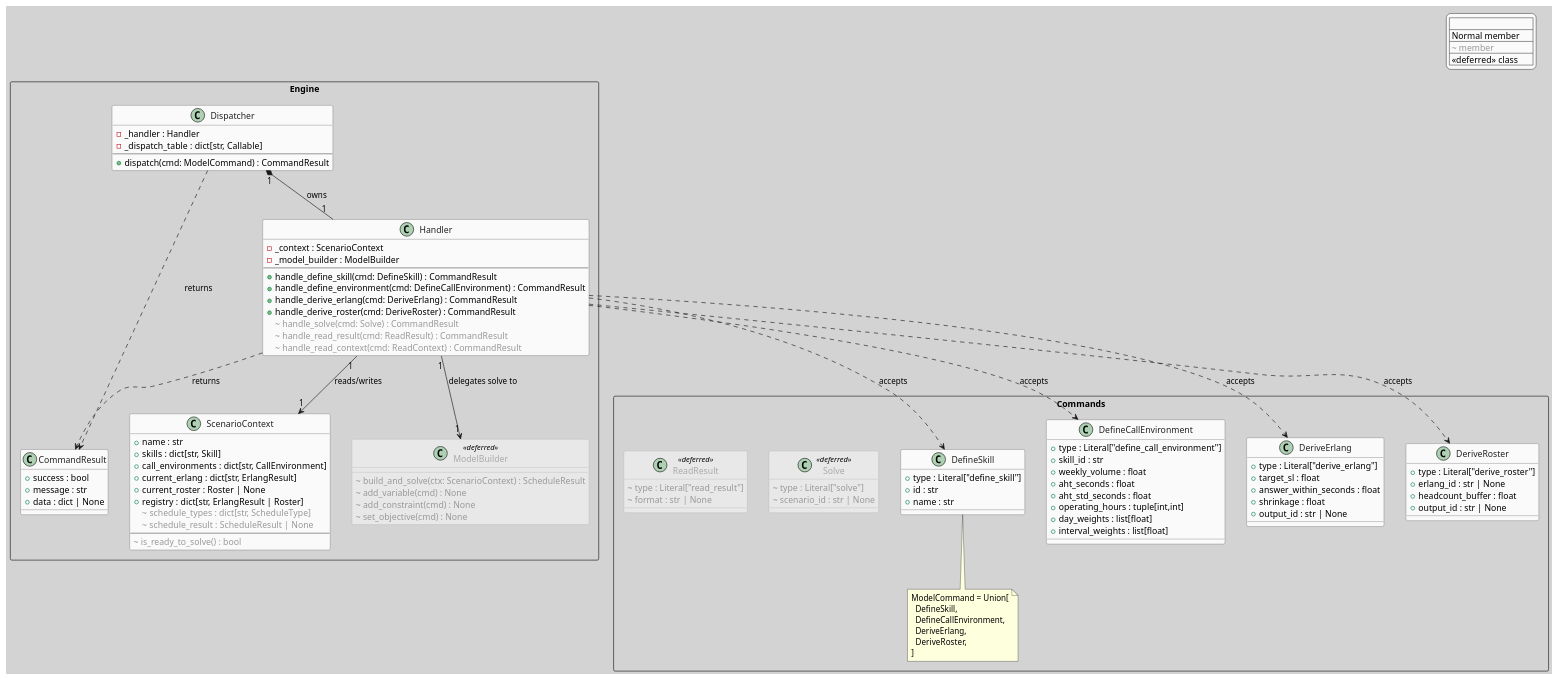
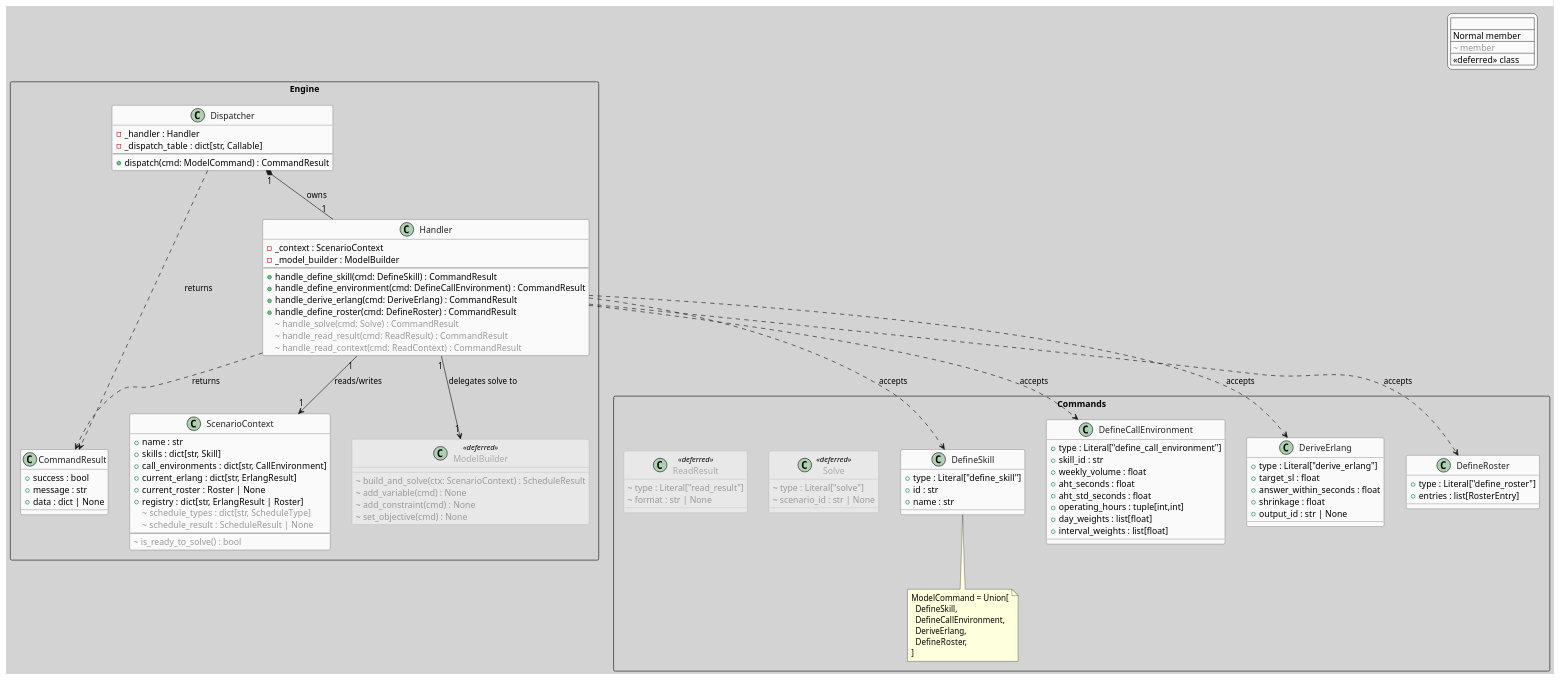
One commit to neon-tetra/schedule-architect changed the diagram in docs/uml/engine_classes.puml. Above: the diagram before and after it, drawn with PlantUML. The commit also changed 6 other files, not shown here.

Commit message:
Rename DeriveRoster command to DefineRoster

```diff
--- a/docs/uml/engine_classes.puml
+++ b/docs/uml/engine_classes.puml
@@ -1,152 +1,150 @@
 @startuml engine_classes
 
 skinparam backgroundColor #D3D3D3
 skinparam defaultFontName Segoe UI
 
 skinparam class {
     BackgroundColor #FAFAFA
     BorderColor #555555
     FontColor #222222
     BackgroundColor<<deferred>> #E8E8E8
     BorderColor<<deferred>> #AAAAAA
     FontColor<<deferred>> #AAAAAA
     BorderStyle<<deferred>> dashed
 }
 
 skinparam legend {
     BackgroundColor #FAFAFA
     BorderColor #555555
 }
 
 legend top right
   <#FAFAFA,#555555>|                         |
   | Normal member      | Implemented          |
   | <color:#999999>~ member</color>  | Deferred / future    |
   | <<deferred>> class | Placeholder only     |
 endlegend
 
 ' ─────────────────────────────────────────
 ' PACKAGE: Commands
 ' ─────────────────────────────────────────
 package "Commands" <<Rectangle>> {
 
     class DefineSkill {
         + type : Literal["define_skill"]
         + id : str
         + name : str
     }
 
     class DefineCallEnvironment {
         + type : Literal["define_call_environment"]
         + skill_id : str
         + weekly_volume : float
         + aht_seconds : float
         + aht_std_seconds : float
         + operating_hours : tuple[int,int]
         + day_weights : list[float]
         + interval_weights : list[float]
     }
 
     class DeriveErlang {
         + type : Literal["derive_erlang"]
         + target_sl : float
         + answer_within_seconds : float
         + shrinkage : float
         + output_id : str | None
     }
 
-    class DeriveRoster {
-        + type : Literal["derive_roster"]
-        + erlang_id : str | None
-        + headcount_buffer : float
-        + output_id : str | None
+    class DefineRoster {
+        + type : Literal["define_roster"]
+        + entries : list[RosterEntry]
     }
 
     class Solve <<deferred>> {
         <color:#999999>~ type : Literal["solve"]</color>
         <color:#999999>~ scenario_id : str | None</color>
     }
 
     class ReadResult <<deferred>> {
         <color:#999999>~ type : Literal["read_result"]</color>
         <color:#999999>~ format : str | None</color>
     }
 
     note bottom of DefineSkill
         ModelCommand = Union[
           DefineSkill,
           DefineCallEnvironment,
           DeriveErlang,
-          DeriveRoster,
+          DefineRoster,
         ]
     end note
 
 }
 
 ' ─────────────────────────────────────────
 ' PACKAGE: Engine
 ' ─────────────────────────────────────────
 package "Engine" <<Rectangle>> {
 
     class CommandResult {
         + success : bool
         + message : str
         + data : dict | None
     }
 
     class ScenarioContext {
         + name : str
         + skills : dict[str, Skill]
         + call_environments : dict[str, CallEnvironment]
         + current_erlang : dict[str, ErlangResult]
         + current_roster : Roster | None
         + registry : dict[str, ErlangResult | Roster]
         <color:#999999>~ schedule_types : dict[str, ScheduleType]</color>
         <color:#999999>~ schedule_result : ScheduleResult | None</color>
         --
         <color:#999999>~ is_ready_to_solve() : bool</color>
     }
 
     class Dispatcher {
         - _handler : Handler
         - _dispatch_table : dict[str, Callable]
         --
         + dispatch(cmd: ModelCommand) : CommandResult
     }
 
     class Handler {
         - _context : ScenarioContext
         - _model_builder : ModelBuilder
         --
         + handle_define_skill(cmd: DefineSkill) : CommandResult
         + handle_define_environment(cmd: DefineCallEnvironment) : CommandResult
         + handle_derive_erlang(cmd: DeriveErlang) : CommandResult
-        + handle_derive_roster(cmd: DeriveRoster) : CommandResult
+        + handle_define_roster(cmd: DefineRoster) : CommandResult
         <color:#999999>~ handle_solve(cmd: Solve) : CommandResult</color>
         <color:#999999>~ handle_read_result(cmd: ReadResult) : CommandResult</color>
         <color:#999999>~ handle_read_context(cmd: ReadContext) : CommandResult</color>
     }
 
     class ModelBuilder <<deferred>> {
         <color:#999999>~ build_and_solve(ctx: ScenarioContext) : ScheduleResult</color>
         <color:#999999>~ add_variable(cmd) : None</color>
         <color:#999999>~ add_constraint(cmd) : None</color>
         <color:#999999>~ set_objective(cmd) : None</color>
     }
 
 }
 
 ' ─────────────────────────────────────────
 ' RELATIONSHIPS
 ' ─────────────────────────────────────────
 Dispatcher "1" *-- "1" Handler : owns
 Handler "1" --> "1" ScenarioContext : reads/writes
 Handler "1" --> "1" ModelBuilder : delegates solve to
 Dispatcher ..> CommandResult : returns
 Handler ..> CommandResult : returns
 Handler ..> DefineSkill : accepts
 Handler ..> DefineCallEnvironment : accepts
 Handler ..> DeriveErlang : accepts
-Handler ..> DeriveRoster : accepts
+Handler ..> DefineRoster : accepts
 
 @enduml
```
